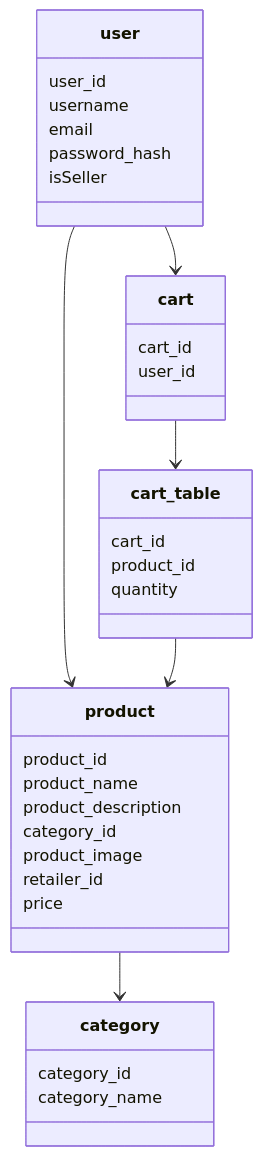
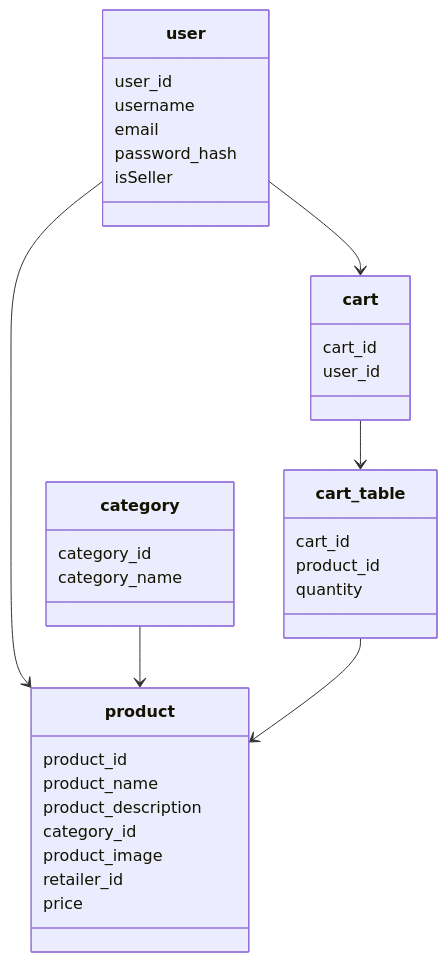
One commit to hervouetdylan/e-elan changed the diagram in README.md. Above: the diagram before and after it, drawn with Mermaid.

Commit message:
class diagram

````diff
--- a/README.md
+++ b/README.md
@@ -35,43 +35,43 @@
 ```mermaid
 classDiagram
 
 class user{
     user_id
     username
     email
     password_hash
     isSeller
 }
 
 class product{
     product_id
     product_name
     product_description
     category_id
     product_image
     retailer_id
     price
 }
 
 class category{
     category_id
     category_name
 }
 
 class cart{
     cart_id
     user_id
 }
 
 class cart_table{
     cart_id
     product_id
     quantity
 }
 
 user --> cart
 user --> product
 cart --> cart_table
+category --> product
 cart_table --> product
-product --> category
 ```
````
